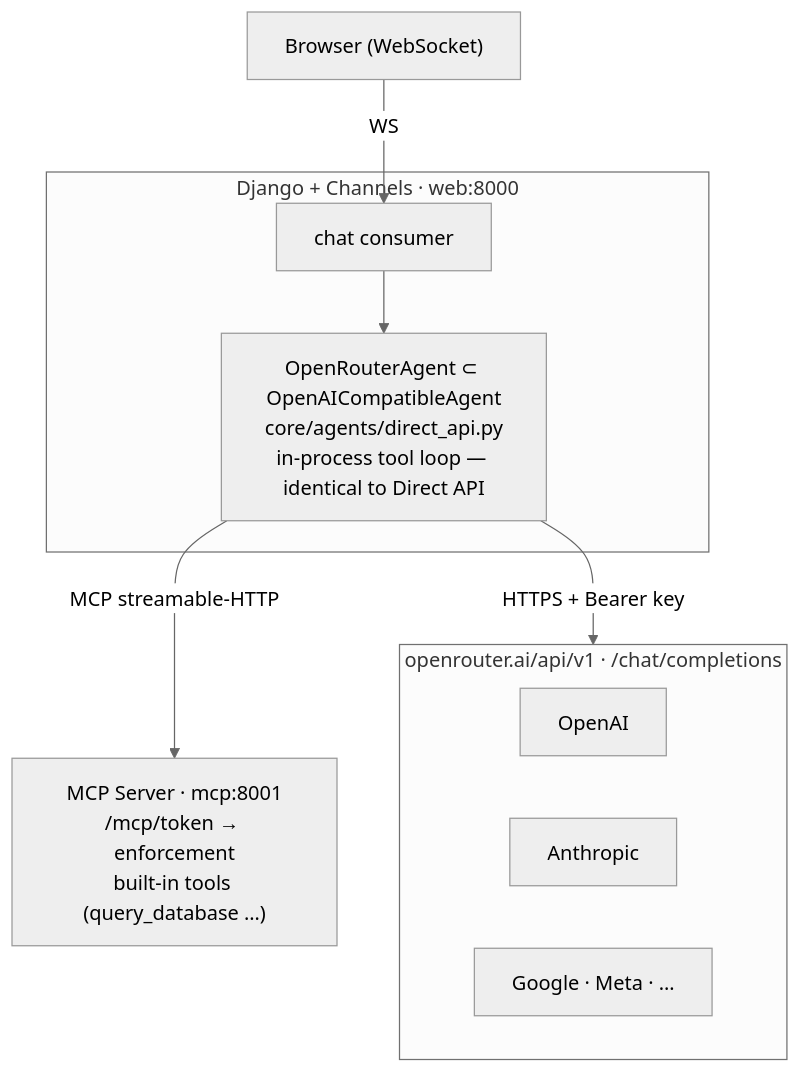
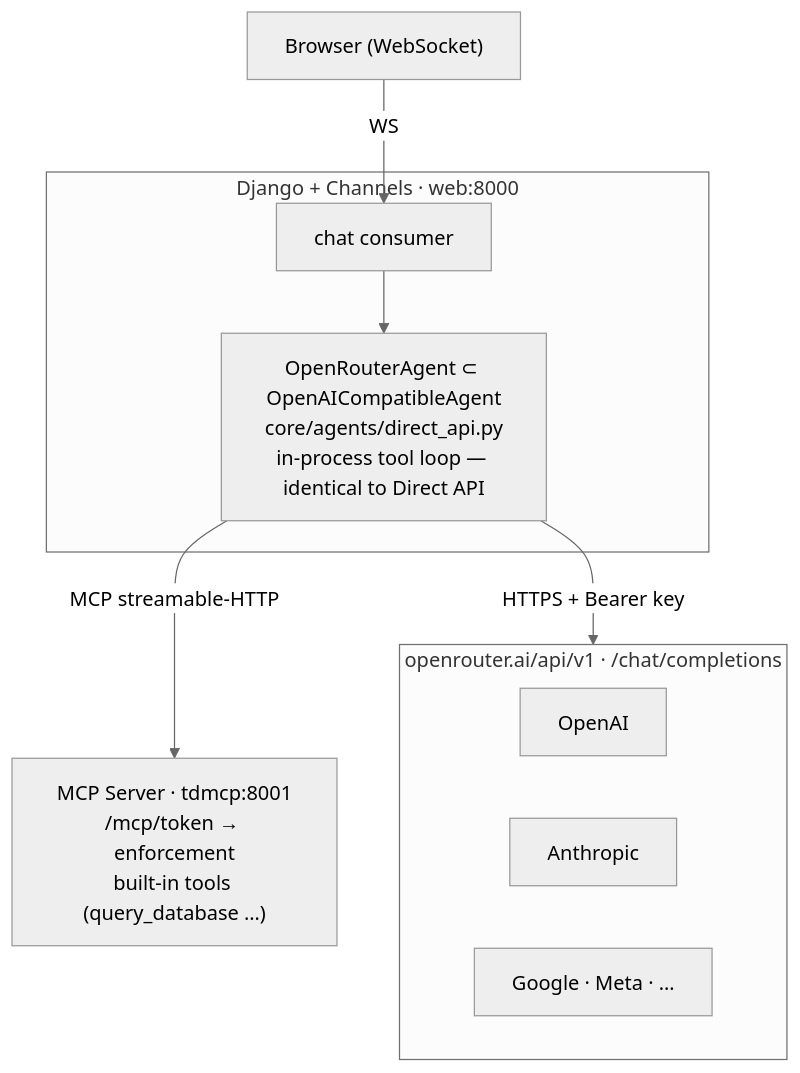
Before and after one commit to mpospirit-apps/TetherDust: the diagram in documentations/TetherDust Documentation/3. Agent Integrations/6. Gateway (OpenRouter).md, drawn with Mermaid (neutral theme). The commit also changed 73 other files, not shown here.

Commit message:
chore: move mcp_server to root as tdmcp and align service, container, and configuration naming

````diff
--- a/documentations/TetherDust Documentation/3. Agent Integrations/6. Gateway (OpenRouter).md
+++ b/documentations/TetherDust Documentation/3. Agent Integrations/6. Gateway (OpenRouter).md
@@ -31,22 +31,22 @@
 ```mermaid
 flowchart TD
     Browser["Browser (WebSocket)"]
 
     subgraph web["Django + Channels · web:8000"]
         Consumer["chat consumer"]
         Agent["OpenRouterAgent ⊂ OpenAICompatibleAgent<br/>core/agents/direct_api.py<br/>in-process tool loop — identical to Direct API"]
     end
 
     subgraph openrouter["openrouter.ai/api/v1 · /chat/completions"]
         OAI["OpenAI"]
         OAN["Anthropic"]
         OOT["Google · Meta · …"]
     end
 
-    MCP["MCP Server · mcp:8001<br/>/mcp/token → enforcement<br/>built-in tools (query_database …)"]
+    MCP["MCP Server · tdmcp:8001<br/>/mcp/token → enforcement<br/>built-in tools (query_database …)"]
 
     Browser -->|WS| Consumer
     Consumer --> Agent
     Agent -->|"HTTPS + Bearer key"| openrouter
     Agent -->|"MCP streamable-HTTP"| MCP
 ```
````
